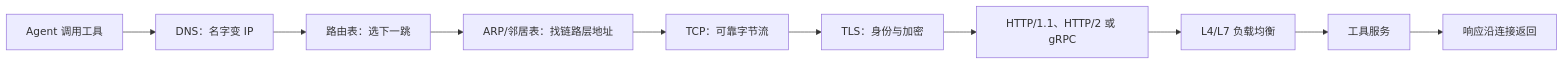
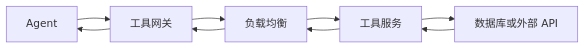
The diagram in books/ai/src/systems/network_rpc.md (xizheyin/hft-book-rs), drawn with Mermaid before and after one commit. The commit also changed other lines of this file and 64 other files, not shown here.

````diff
--- a/books/ai/src/systems/network_rpc.md
+++ b/books/ai/src/systems/network_rpc.md
@@ -21,12 +13,8 @@
 ```mermaid
 flowchart LR
-    A["Agent 调用工具"] --> B["DNS：名字变 IP"]
-    B --> C["路由表：选下一跳"]
-    C --> D["ARP/邻居表：找链路层地址"]
-    D --> E["TCP：可靠字节流"]
-    E --> F["TLS：身份与加密"]
-    F --> G["HTTP/1.1、HTTP/2 或 gRPC"]
-    G --> H["L4/L7 负载均衡"]
-    H --> I["工具服务"]
-    I --> J["响应沿连接返回"]
+    A["Agent"] --> B["工具网关"]
+    B --> C["负载均衡"]
+    C --> D["工具服务"]
+    D --> E["数据库或外部 API"]
+    E --> D --> C --> B --> A
 ```
````
